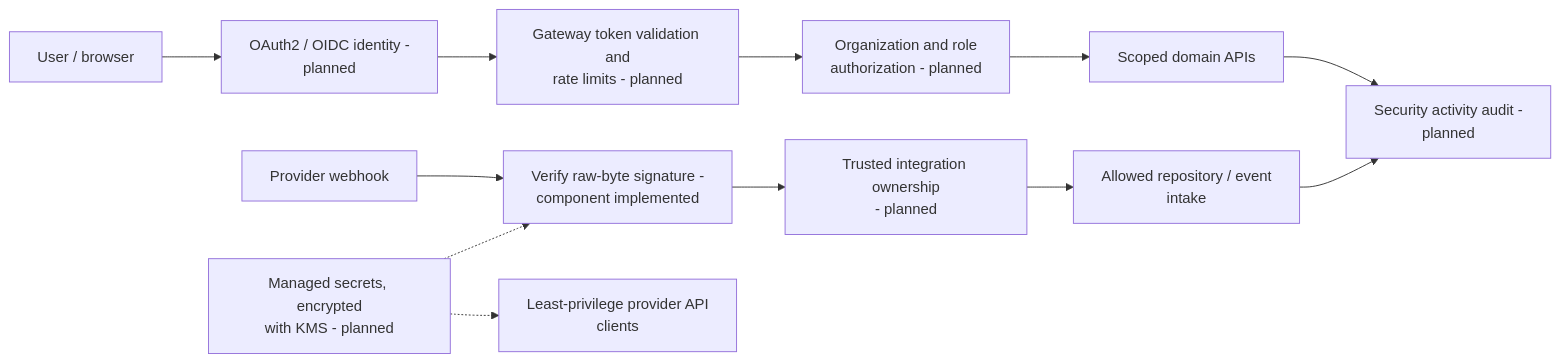
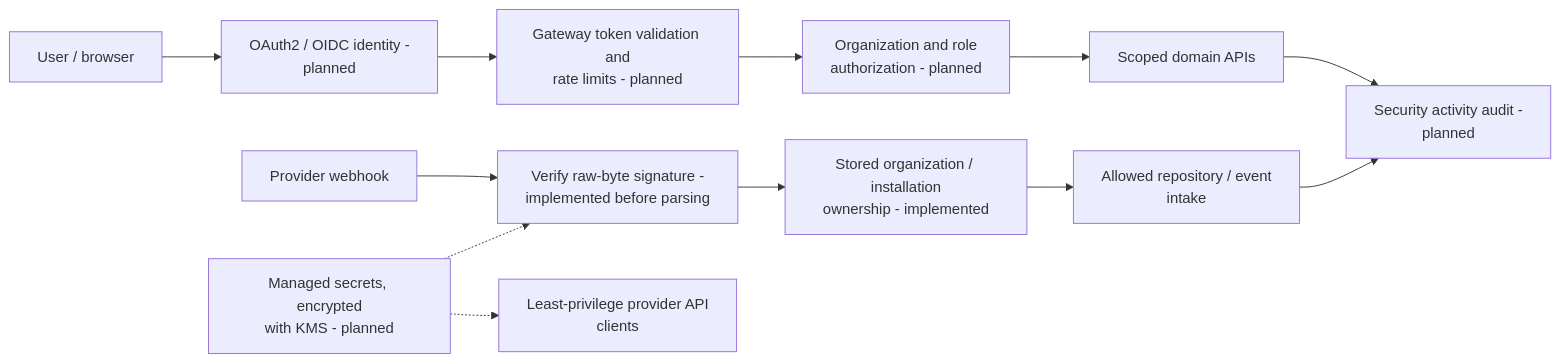
Diagram 26 of 41 in README.md (ChangeGuardHQ/changuard-platform), drawn with Mermaid before and after one commit. The commit also changed other lines of this file and 39 other files, not shown here.

Commit message:
implemented github connection and processing with Basic auth and trusted organization/admin bindings

````diff
--- a/README.md
+++ b/README.md
@@ -1759,14 +1767,14 @@
 ```mermaid
 flowchart LR
     User["User / browser"] --> Identity["OAuth2 / OIDC identity -<br/>planned"]
     Identity --> Gateway["Gateway token validation and<br/>rate limits - planned"]
     Gateway --> AuthZ["Organization and role<br/>authorization - planned"]
     AuthZ --> APIs["Scoped domain APIs"]
-    Provider["Provider webhook"] --> HMAC["Verify raw-byte signature -<br/>component implemented"]
-    HMAC --> Integration["Trusted integration ownership<br/>- planned"]
+    Provider["Provider webhook"] --> HMAC["Verify raw-byte signature -<br/>implemented before parsing"]
+    HMAC --> Integration["Stored organization / installation<br/>ownership - implemented"]
     Integration --> Ingest["Allowed repository / event<br/>intake"]
     Secrets["Managed secrets, encrypted<br/>with KMS - planned"] -.-> HMAC
     Secrets -.-> ExternalAPI["Least-privilege provider API<br/>clients"]
     APIs --> Audit["Security activity audit -<br/>planned"]
     Ingest --> Audit
 ```
````
